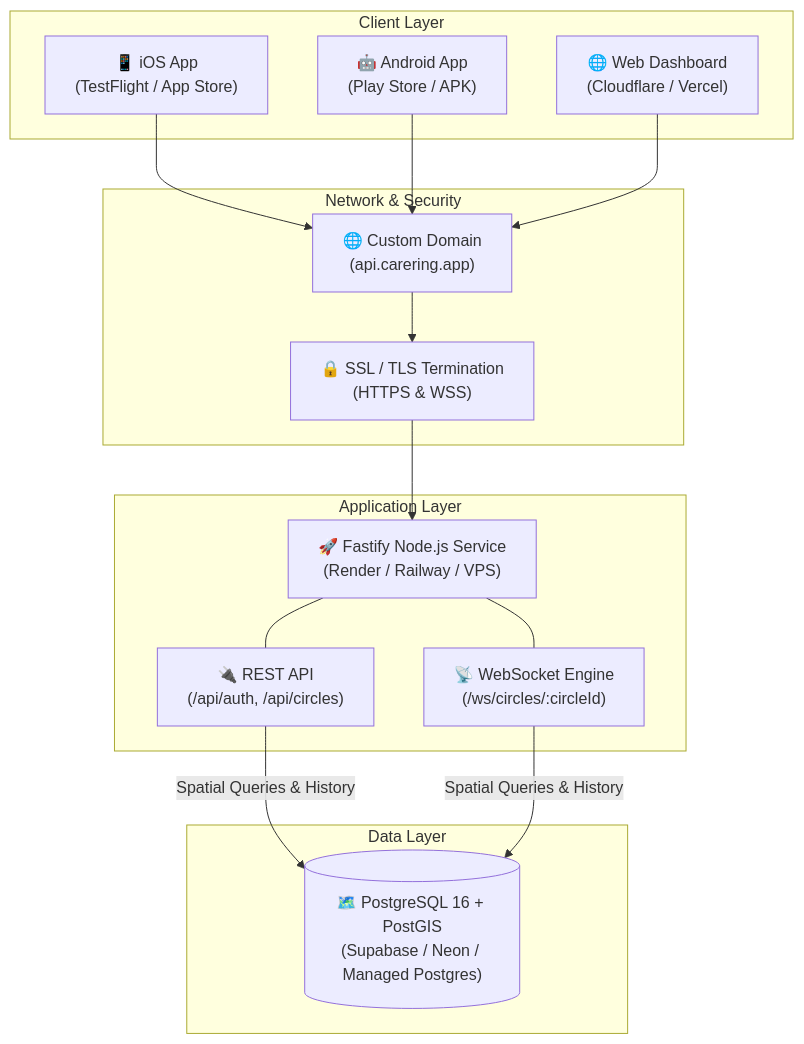
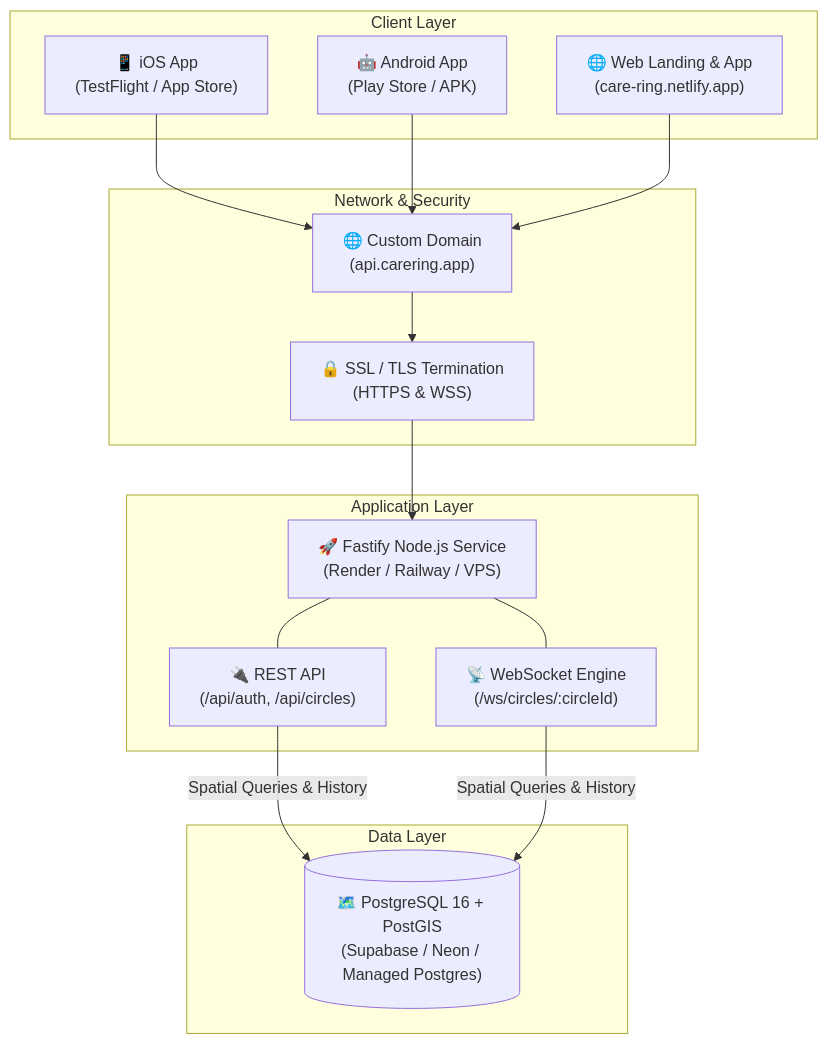
Before and after one commit to sahsisunny/care-ring: the diagram in DEPLOYMENT.md, drawn with Mermaid. The commit also changed other lines of this file and 12 other files, not shown here.

````diff
--- a/DEPLOYMENT.md
+++ b/DEPLOYMENT.md
@@ -14,30 +14,30 @@
 ```mermaid
 flowchart TD
     subgraph Clients ["Client Layer"]
         iOS["📱 iOS App\n(TestFlight / App Store)"]
         Android["🤖 Android App\n(Play Store / APK)"]
-        Web["🌐 Web Dashboard\n(Cloudflare / Vercel)"]
+        Web["🌐 Web Landing & App\n(care-ring.netlify.app)"]
     end
 
     subgraph Edge ["Network & Security"]
         DNS["🌐 Custom Domain\n(api.carering.app)"]
         SSL["🔒 SSL / TLS Termination\n(HTTPS & WSS)"]
     end
 
     subgraph Backend ["Application Layer"]
         Fastify["🚀 Fastify Node.js Service\n(Render / Railway / VPS)"]
         WS["📡 WebSocket Engine\n(/ws/circles/:circleId)"]
         REST["🔌 REST API\n(/api/auth, /api/circles)"]
     end
 
     subgraph Spatial ["Data Layer"]
         PostGIS[("🗺️ PostgreSQL 16 + PostGIS\n(Supabase / Neon / Managed Postgres)")]
     end
 
     iOS & Android & Web --> DNS
     DNS --> SSL
     SSL --> Fastify
     Fastify --- WS
     Fastify --- REST
     REST & WS -->|Spatial Queries & History| PostGIS
 ```
````
